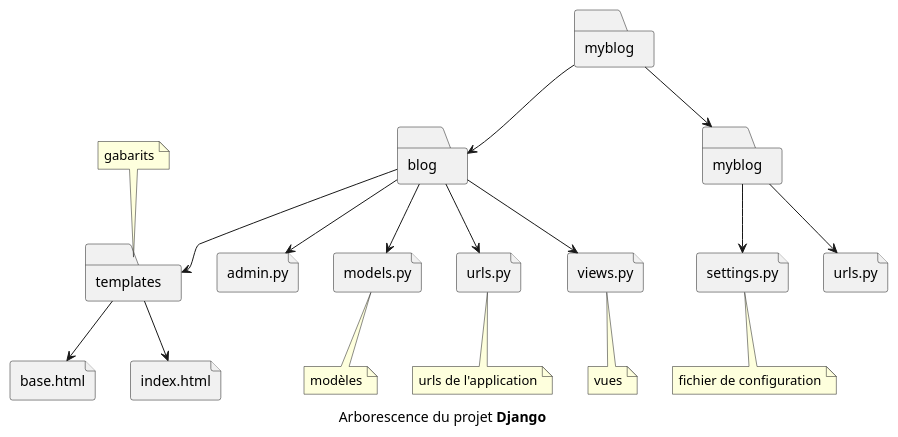
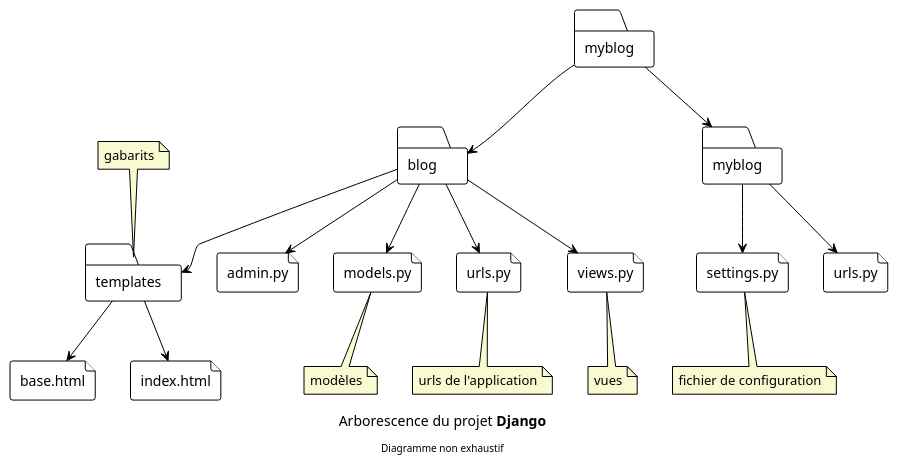
One commit to teegre/CDA22075 changed the diagram in B_keynote/puml/project_structure.puml. Above: the diagram before and after it, drawn with PlantUML. The commit also changed 6 other files, not shown here.

```diff
--- a/B_keynote/puml/project_structure.puml
+++ b/B_keynote/puml/project_structure.puml
@@ -1,36 +1,39 @@
 @startuml
-'!theme plain
+!theme plain
 skinparam rectancle roundCorner 8
+skinparam noteBackgroundColor LightGoldenRodYellow
 
 folder myblog as B1
 folder blog as B
 folder templates as T
 file base.html
 file index.html
 file admin.py as A
 file models.py as M
 file urls.py as U2
 file views.py as V
 folder myblog as B2
 file settings.py as S
 file urls.py as U1
 
 B1 -d-> B
 B --> T
 T --> base.html
 T --> index.html
 B --> A
 B --> M
 B --> U2
 B --> V
 B1 -d-> B2
 B2 --> S
 B2 --> U1
+
 note bottom of S : fichier de configuration
 note bottom of U2 : urls de l'application
 note bottom of M : modèles
 note bottom of V : vues
 note top of T : gabarits
 
 caption Arborescence du projet **Django**
+footer Diagramme non exhaustif
 @enduml
```
